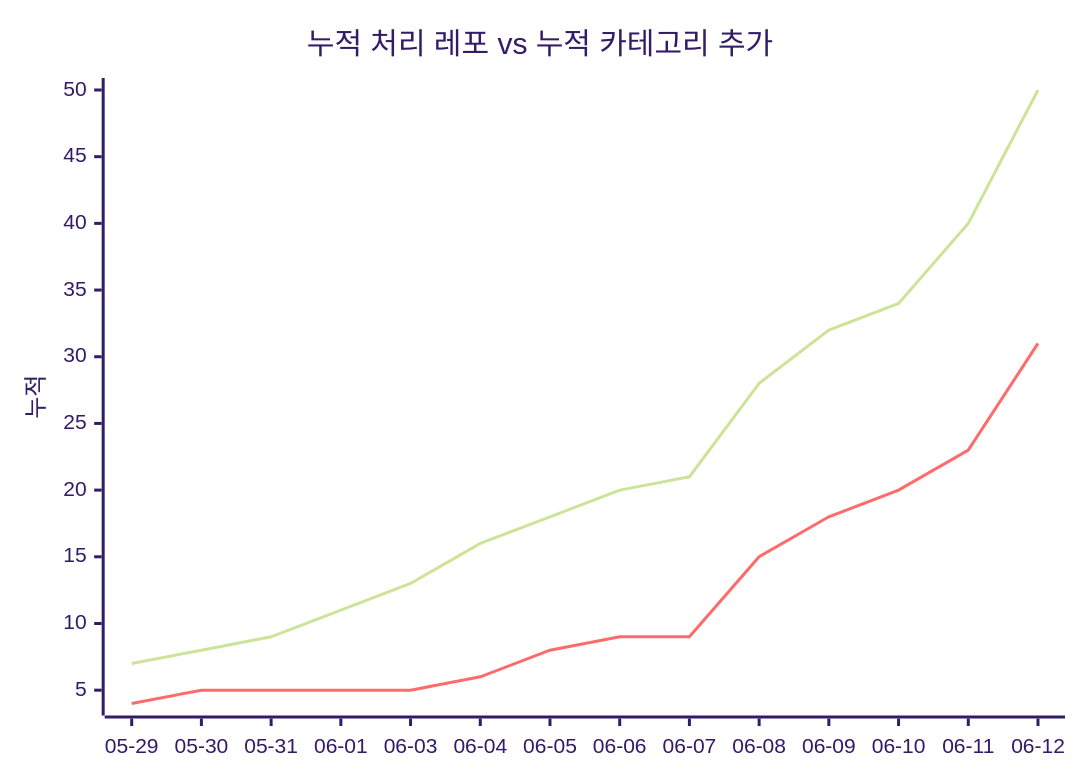
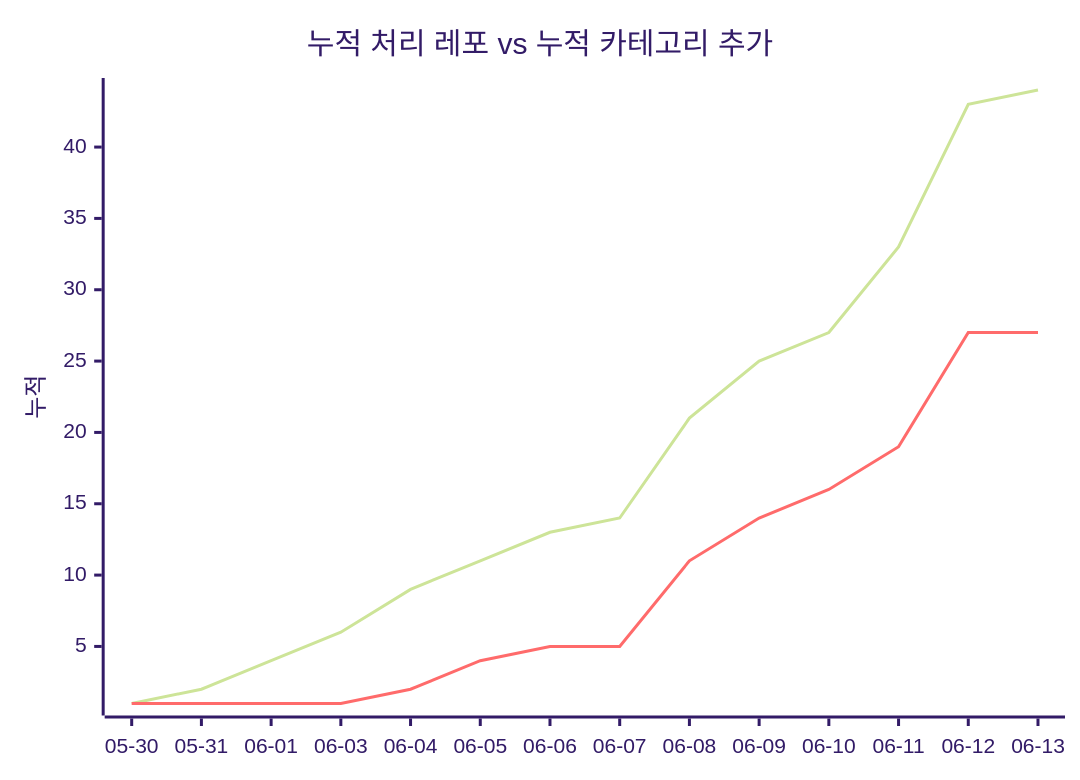
The second of 2 diagrams in docs/trends.md (J-nowcow/awesome-korean-agent-skills), drawn with Mermaid (forest theme) before and after one commit. The commit also changed other lines of this file and 2 other files, not shown here.

````diff
--- a/docs/trends.md
+++ b/docs/trends.md
@@ -68,8 +68,8 @@
 ```mermaid
 xychart-beta
     title "누적 처리 레포 vs 누적 카테고리 추가"
-    x-axis ["05-29","05-30","05-31","06-01","06-03","06-04","06-05","06-06","06-07","06-08","06-09","06-10","06-11","06-12"]
+    x-axis ["05-30","05-31","06-01","06-03","06-04","06-05","06-06","06-07","06-08","06-09","06-10","06-11","06-12","06-13"]
     y-axis "누적"
-    line [7,8,9,11,13,16,18,20,21,28,32,34,40,50]
-    line [4,5,5,5,5,6,8,9,9,15,18,20,23,31]
+    line [1,2,4,6,9,11,13,14,21,25,27,33,43,44]
+    line [1,1,1,1,2,4,5,5,11,14,16,19,27,27]
 ```
````
